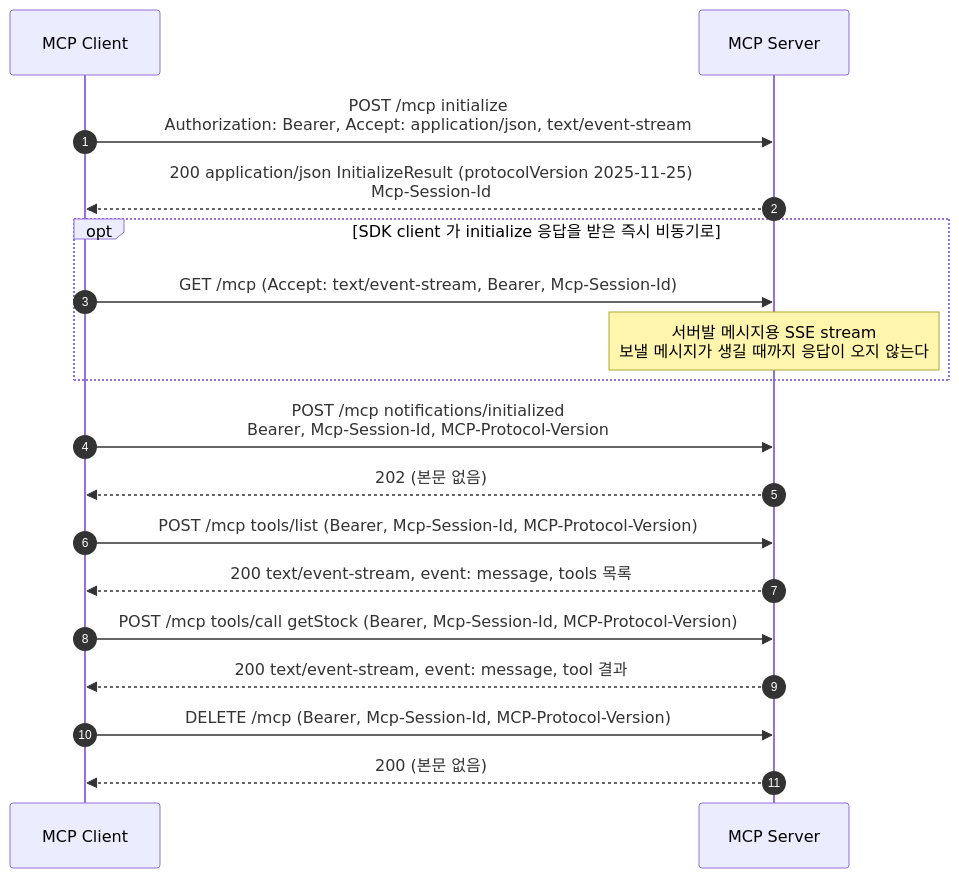
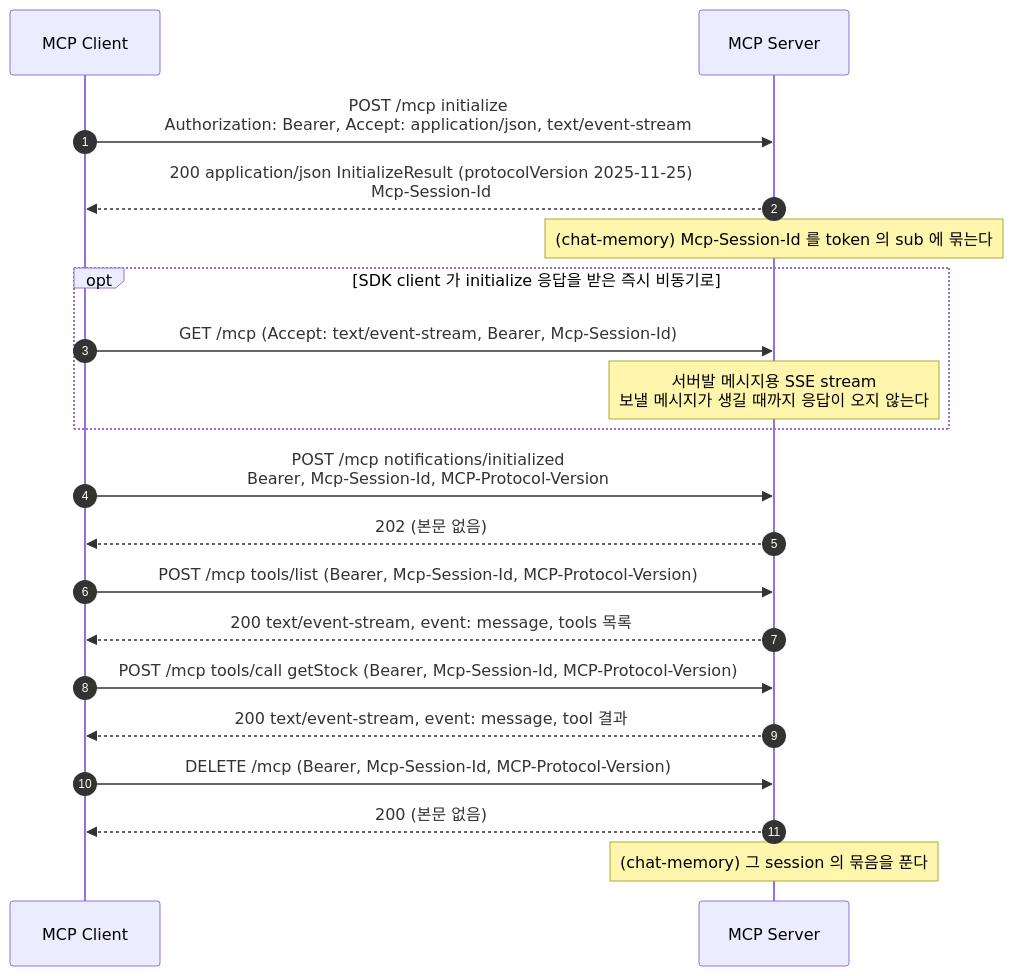
The tenth of 13 diagrams in practice/MCP-SEQUENCES.md (starryeye/spring-ai), drawn with Mermaid before and after one commit. The commit also changed other lines of this file and 1 other file, not shown here.

Commit message:
docs: MCP API·시퀀스 — 이동 링크, scope·resource·Origin·session 오류 경로

````diff
--- a/practice/MCP-SEQUENCES.md
+++ b/practice/MCP-SEQUENCES.md
@@ -398,20 +427,22 @@
 ```mermaid
 sequenceDiagram
     autonumber
     participant C as MCP Client
     participant M as MCP Server
     C->>M: POST /mcp initialize<br/>Authorization: Bearer, Accept: application/json, text/event-stream
     M-->>C: 200 application/json InitializeResult (protocolVersion 2025-11-25)<br/>Mcp-Session-Id
+    Note over M: (chat-memory) Mcp-Session-Id 를 token 의 sub 에 묶는다
     opt SDK client 가 initialize 응답을 받은 즉시 비동기로
         C->>M: GET /mcp (Accept: text/event-stream, Bearer, Mcp-Session-Id)
         Note over M: 서버발 메시지용 SSE stream<br/>보낼 메시지가 생길 때까지 응답이 오지 않는다
     end
     C->>M: POST /mcp notifications/initialized<br/>Bearer, Mcp-Session-Id, MCP-Protocol-Version
     M-->>C: 202 (본문 없음)
     C->>M: POST /mcp tools/list (Bearer, Mcp-Session-Id, MCP-Protocol-Version)
     M-->>C: 200 text/event-stream, event: message, tools 목록
     C->>M: POST /mcp tools/call getStock (Bearer, Mcp-Session-Id, MCP-Protocol-Version)
     M-->>C: 200 text/event-stream, event: message, tool 결과
     C->>M: DELETE /mcp (Bearer, Mcp-Session-Id, MCP-Protocol-Version)
     M-->>C: 200 (본문 없음)
+    Note over M: (chat-memory) 그 session 의 묶음을 푼다
 ```
````
